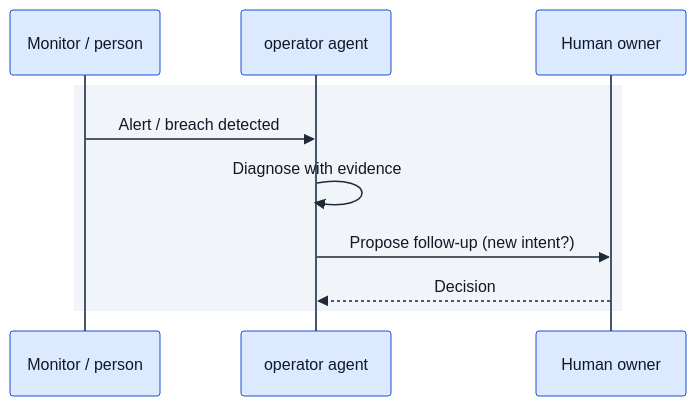
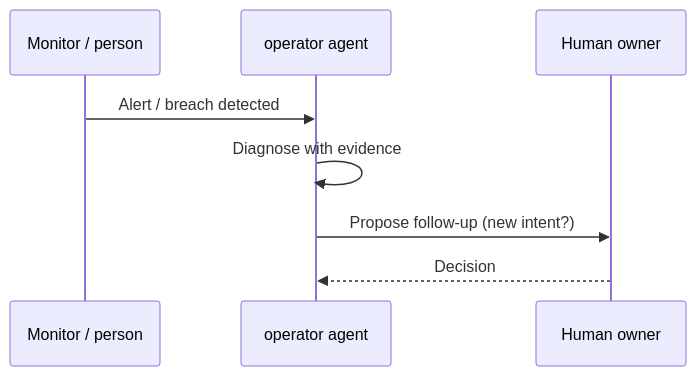
Before and after one commit to rafapc2/agentic_sdlc: the diagram in skills/agentic-sdlc-bootstrap/assets/templates/operations.md, drawn with Mermaid. The commit also changed 12 other files, not shown here.

First line of the commit message:
fix: use the default Mermaid theme in diagrams

````diff
--- a/skills/agentic-sdlc-bootstrap/assets/templates/operations.md
+++ b/skills/agentic-sdlc-bootstrap/assets/templates/operations.md
@@ -29,13 +29,10 @@
 ```mermaid
-%%{init: {"theme":"base","themeVariables":{"fontFamily":"Arial, sans-serif","fontSize":"16px","actorBkg":"#dbeafe","actorBorder":"#1d4ed8","actorTextColor":"#111827","actorLineColor":"#475569","signalColor":"#1f2937","signalTextColor":"#111827","noteBkgColor":"#fde68a","noteBorderColor":"#92400e","noteTextColor":"#111827","labelBoxBkgColor":"#f1f5f9","labelBoxBorderColor":"#475569","labelTextColor":"#111827"}}}%%
 sequenceDiagram
-  rect rgb(241, 245, 249)
   participant M as Monitor / person
   participant O as operator agent
   participant H as Human owner
   M->>O: Alert / breach detected
   O->>O: Diagnose with evidence
   O->>H: Propose follow-up (new intent?)
   H-->>O: Decision
-  end
 ```
````
